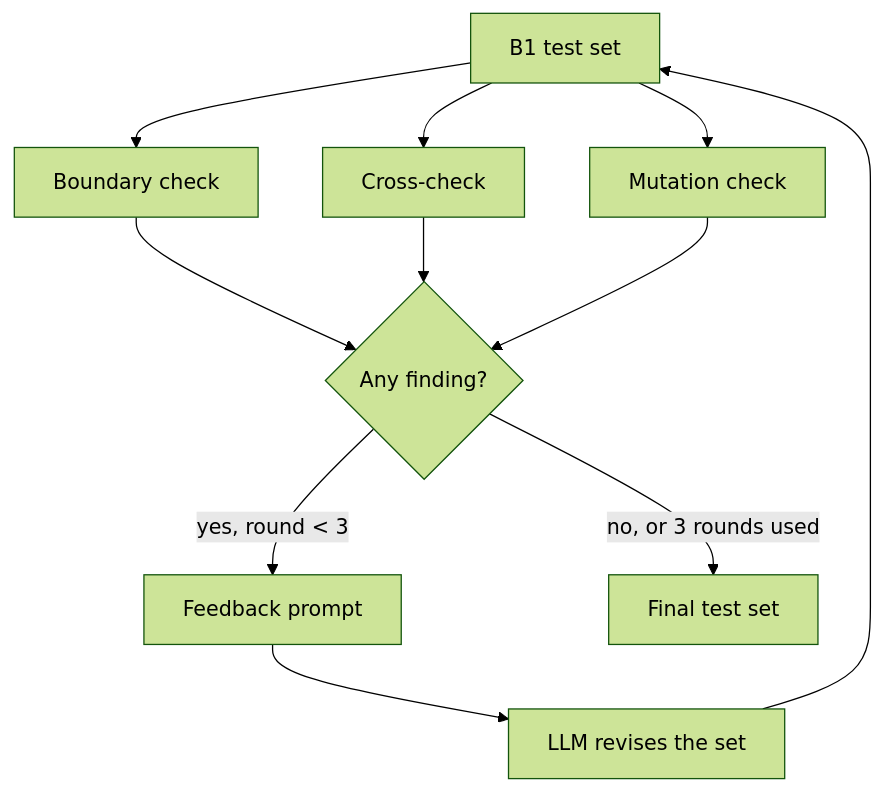
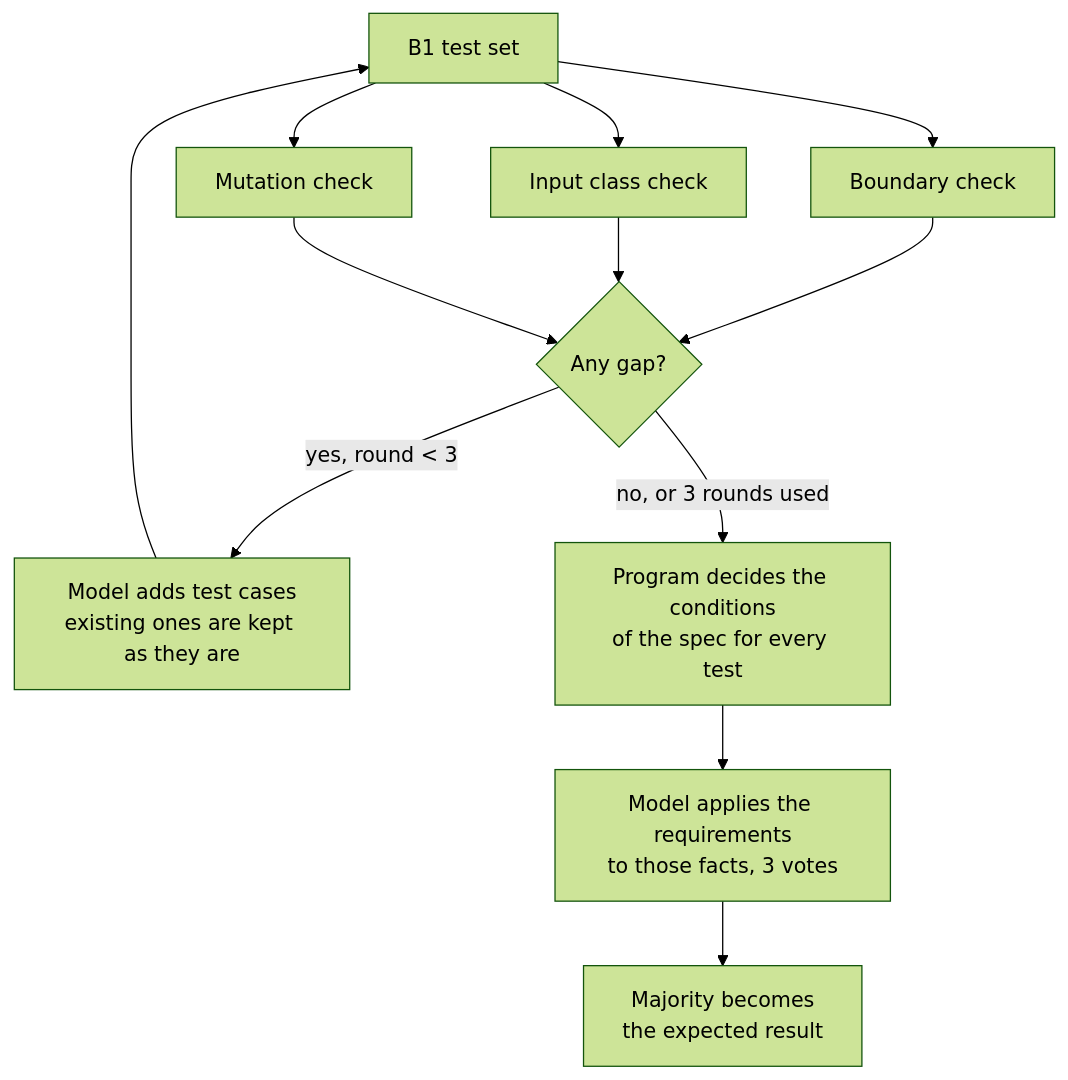
Before and after one commit to eungyun-im/LLM-Testcase-Review: the second of 2 diagrams in README.md, drawn with Mermaid (forest theme). The commit also changed other lines of this file and 6 other files, not shown here.

````diff
--- a/README.md
+++ b/README.md
@@ -67,11 +69,13 @@
 ```mermaid
 flowchart TB
     S[B1 test set] --> C1[Boundary check]
-    S --> C2[Cross-check]
+    S --> C2[Input class check]
     S --> C3[Mutation check]
-    C1 --> F{Any finding?}
+    C1 --> F{Any gap?}
     C2 --> F
     C3 --> F
-    F -- yes, round < 3 --> P[Feedback prompt] --> L[LLM revises the set] --> S
-    F -- no, or 3 rounds used --> E[Final test set]
+    F -- yes, round < 3 --> P[Model adds test cases<br>existing ones are kept as they are] --> S
+    F -- no, or 3 rounds used --> G[Program decides the conditions<br>of the spec for every test]
+    G --> V[Model applies the requirements<br>to those facts, 3 votes]
+    V --> E[Majority becomes<br>the expected result]
 ```
````
